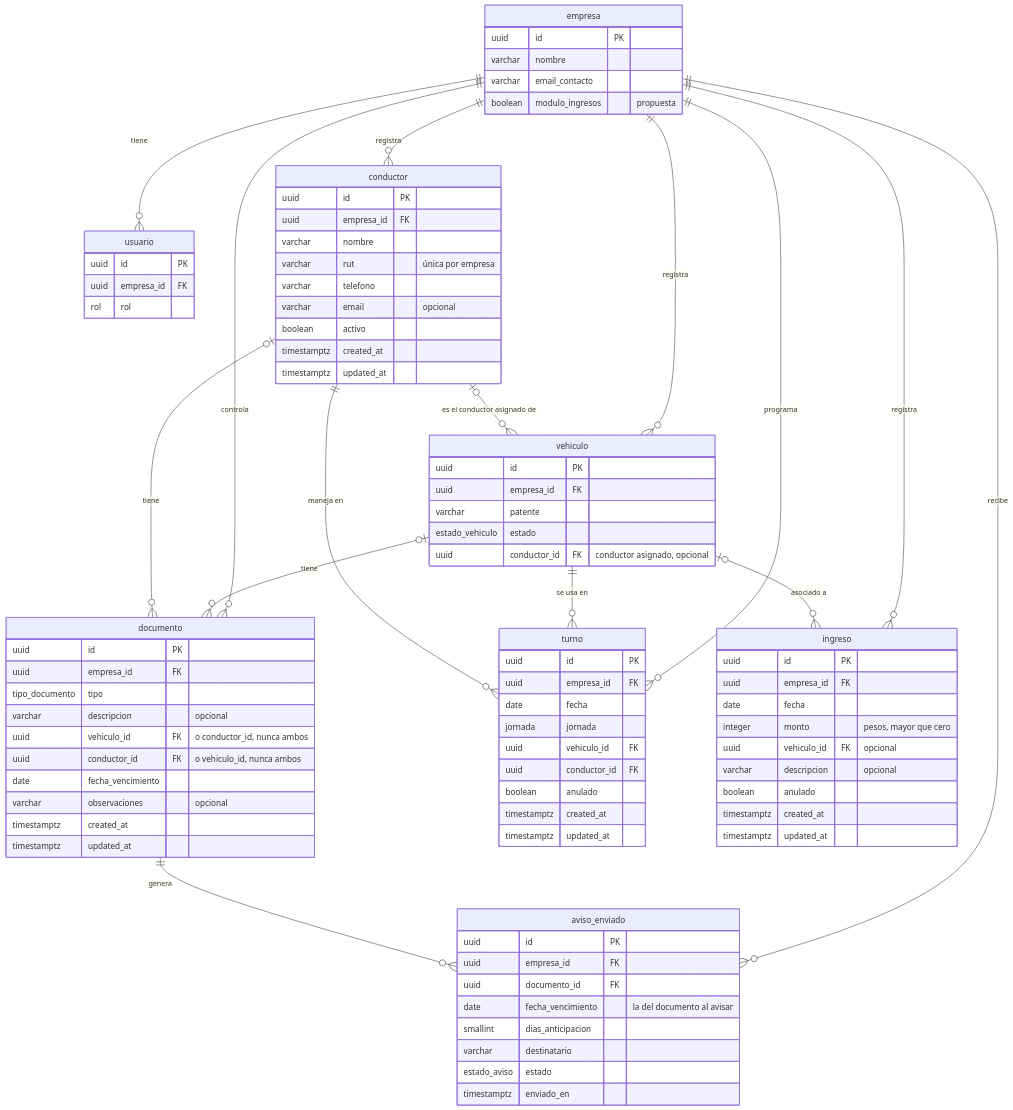
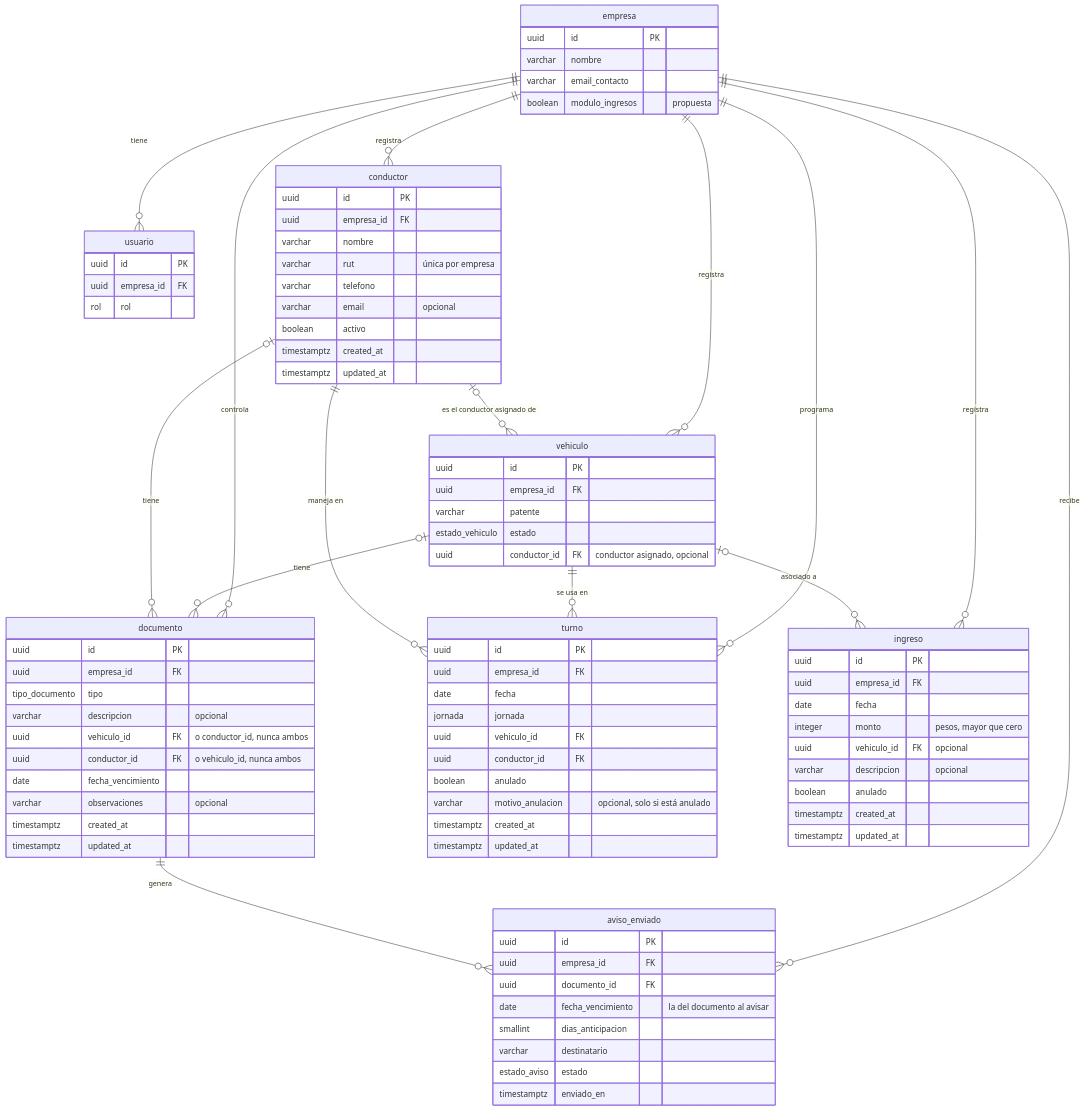
The second of 2 diagrams in Fase 2/Evidencias Proyecto/Evidencias de documentación/JOS-04_Modelo_de_Datos.md (josemarcelovg/capstone-2026-002D-equipo09), drawn with Mermaid before and after one commit. The commit also changed other lines of this file and 6 other files, not shown here.

```diff
--- a/Fase 2/Evidencias Proyecto/Evidencias de documentación/JOS-04_Modelo_de_Datos.md
+++ b/Fase 2/Evidencias Proyecto/Evidencias de documentación/JOS-04_Modelo_de_Datos.md
@@ -148,6 +148,7 @@
         uuid vehiculo_id FK
         uuid conductor_id FK
         boolean anulado
+        varchar motivo_anulacion "opcional, solo si está anulado"
         timestamptz created_at
         timestamptz updated_at
     }
```
